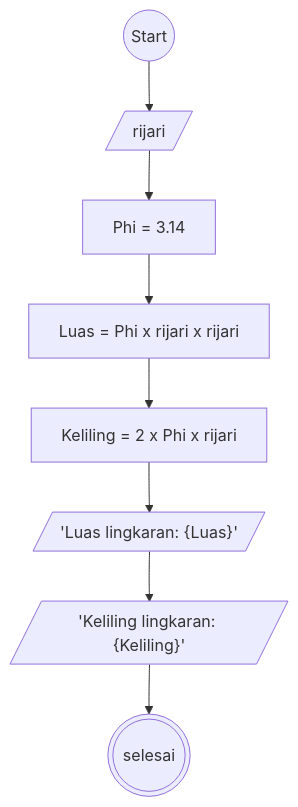
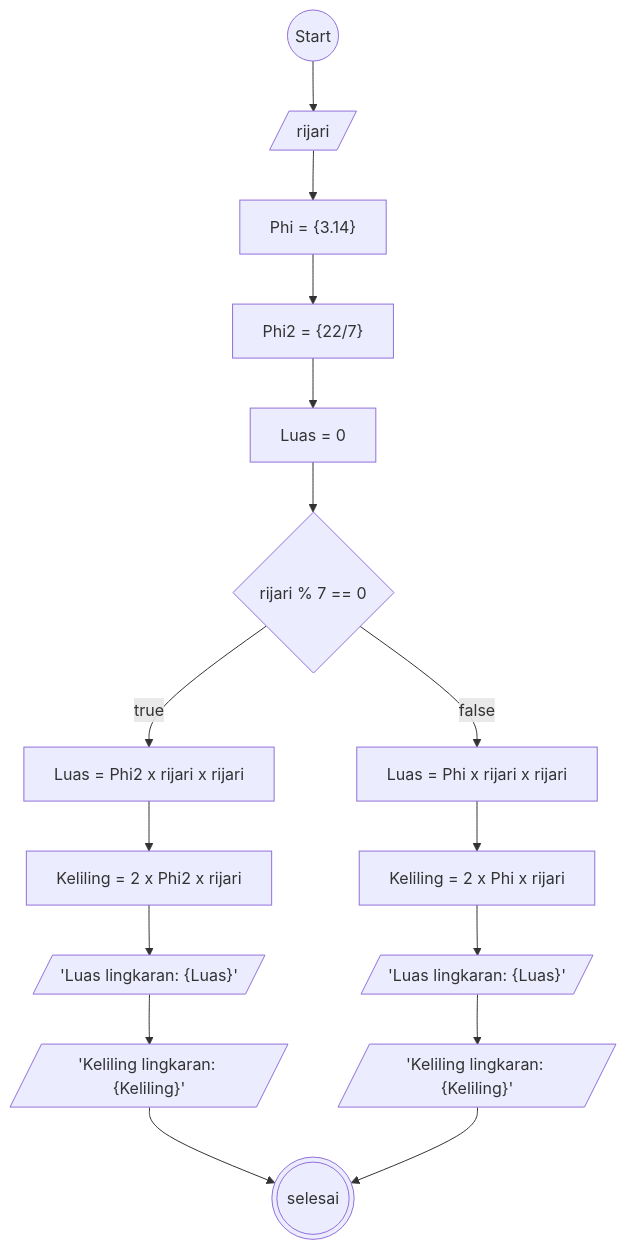
One commit to fatawaimamalmuftin/koda-b8-JavaScript1 changed the diagram in readme.md. Above: the diagram before and after it, drawn with Mermaid. The commit also changed 1 other file, not shown here.

````diff
--- a/readme.md
+++ b/readme.md
@@ -5,17 +5,31 @@
 ```mermaid
 
 flowchart TD
 
 mulai@{ shape: circle, label: "Start"}
 r@{ shape: lean-r, label: "rijari"}
-TT@{ shape: rect, label: "Phi = 3.14"}
-L@{ shape: rect, label: "Luas = Phi x rijari x rijari"}
-K@{ shape: rect, label: "Keliling = 2 x Phi x rijari"}
+TT@{ shape: rect, label: "Phi = {3.14}"}
+T2@{ shape: rect, label: "Phi2 = {22/7}"}
+H1@{ shape: rect, label: "Luas = 0"}
+K1@{ shape: rect, label: "Keliling = 0"}
+Modulus@{ shape: diamond, label: "rijari % 7 == 0"}
+L@{ shape: rect, label: "Luas = Phi2 x rijari x rijari"}
+K@{ shape: rect, label: "Keliling = 2 x Phi2 x rijari"}
+L1@{ shape: rect, label: "Luas = Phi x rijari x rijari"}
+K1@{ shape: rect, label: "Keliling = 2 x Phi x rijari"}
 HL@{ shape: lean-r, label: "'Luas lingkaran: {Luas}'"}
 HK@{ shape: lean-r, label: "'Keliling lingkaran: {Keliling}'"}
+HL2@{ shape: lean-r, label: "'Luas lingkaran: {Luas}'"}
+HK2@{ shape: lean-r, label: "'Keliling lingkaran: {Keliling}'"}
 selesai@{ shape: doublecircle, label "end"}
 
 
-mulai--> r--> TT--> L--> K--> HL--> HK--> selesai
+mulai-->
+r-->
+TT-->
+T2-->
+H1-->
+Modulus--true-->L--> K--> HL-->HK-->selesai
+Modulus--false--> L1-->K1-->HL2-->HK2-->selesai
 
 ```
````
